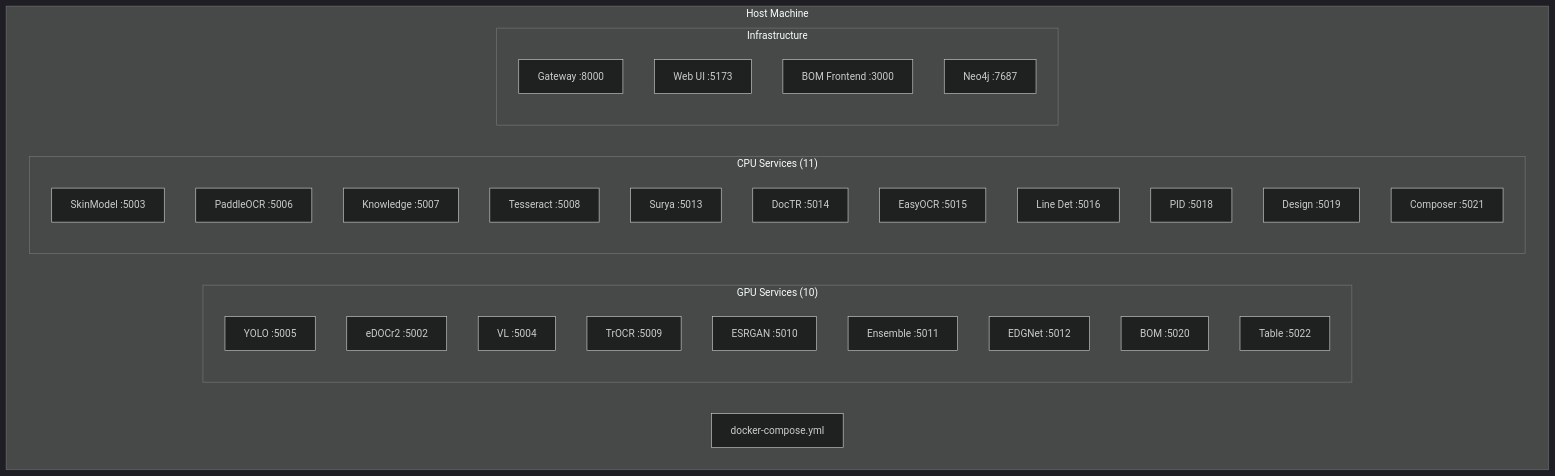
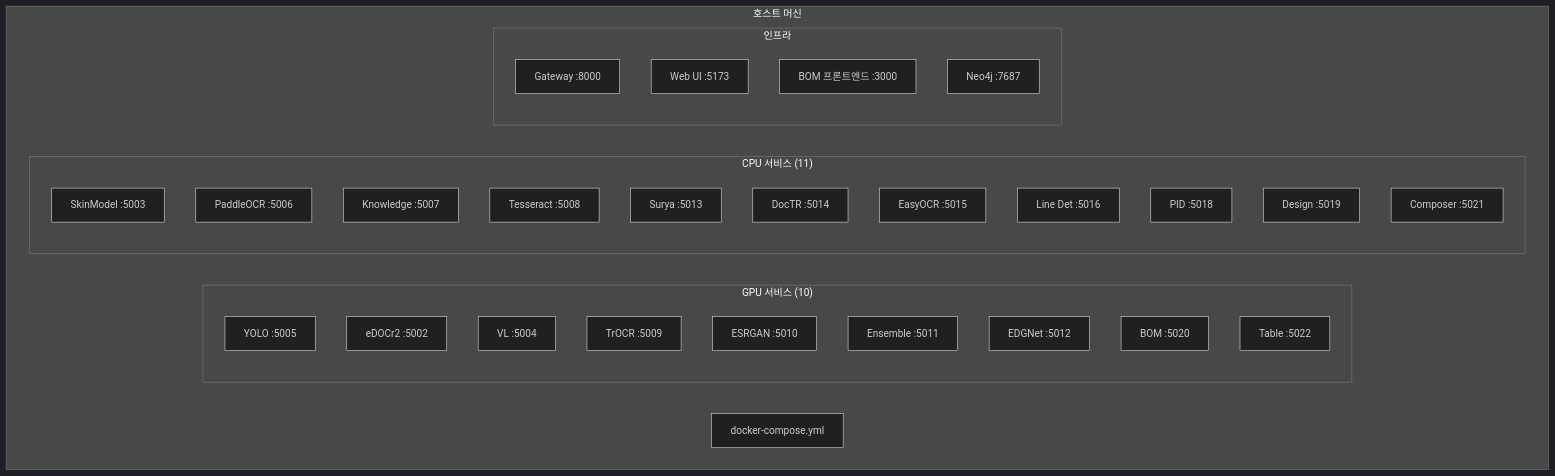
The diagram in docs-site/docs/devops/docker-compose.md (uprootai/AX_OCR), drawn with Mermaid (dark theme) before and after one commit. The commit also changed other lines of this file and 64 other files, not shown here.

````diff
--- a/docs-site/docs/devops/docker-compose.md
+++ b/docs-site/docs/devops/docker-compose.md
@@ -11,39 +11,39 @@
 ```mermaid
 graph TD
-    subgraph Host["Host Machine"]
+    subgraph Host["호스트 머신"]
         DC["docker-compose.yml"]
 
-        subgraph GPU["GPU Services (10)"]
+        subgraph GPU["GPU 서비스 (10)"]
             YOLO["YOLO :5005"]
             EDOCR["eDOCr2 :5002"]
             VL["VL :5004"]
             TROCR["TrOCR :5009"]
             ESRGAN["ESRGAN :5010"]
             ENS["Ensemble :5011"]
             EDGNET["EDGNet :5012"]
             BOM["BOM :5020"]
             TABLE["Table :5022"]
         end
 
-        subgraph CPU["CPU Services (11)"]
+        subgraph CPU["CPU 서비스 (11)"]
             SKIN["SkinModel :5003"]
             PADDLE["PaddleOCR :5006"]
             KN["Knowledge :5007"]
             TESS["Tesseract :5008"]
             SURYA["Surya :5013"]
             DOCTR["DocTR :5014"]
             EASY["EasyOCR :5015"]
             LINE["Line Det :5016"]
             PID["PID :5018"]
             DCHK["Design :5019"]
             COMP["Composer :5021"]
         end
 
-        subgraph Infra["Infrastructure"]
+        subgraph Infra["인프라"]
             GW["Gateway :8000"]
             WEB["Web UI :5173"]
-            BOM_FE["BOM Frontend :3000"]
+            BOM_FE["BOM 프론트엔드 :3000"]
             NEO["Neo4j :7687"]
         end
     end
 ```
````
